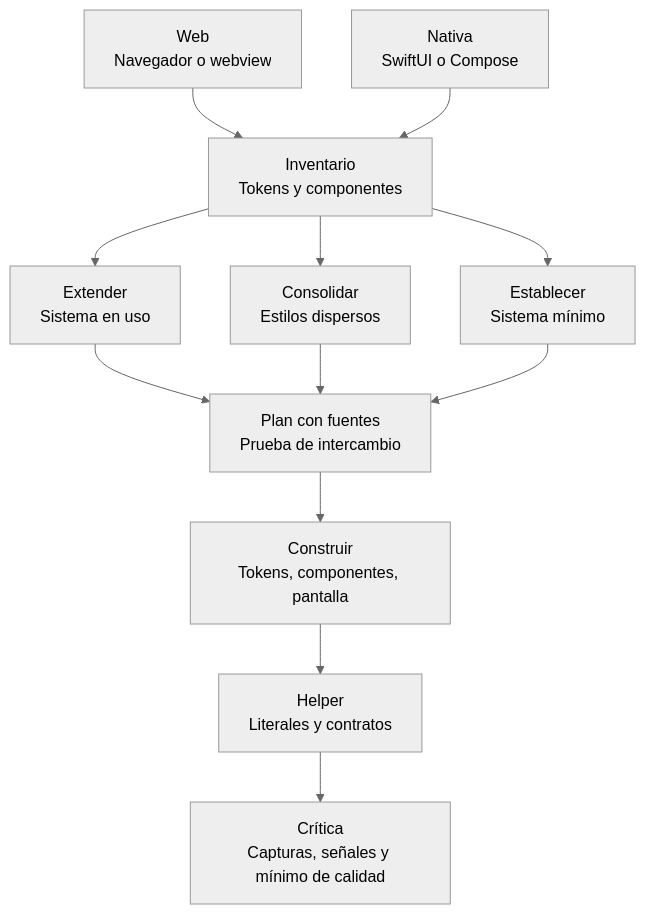
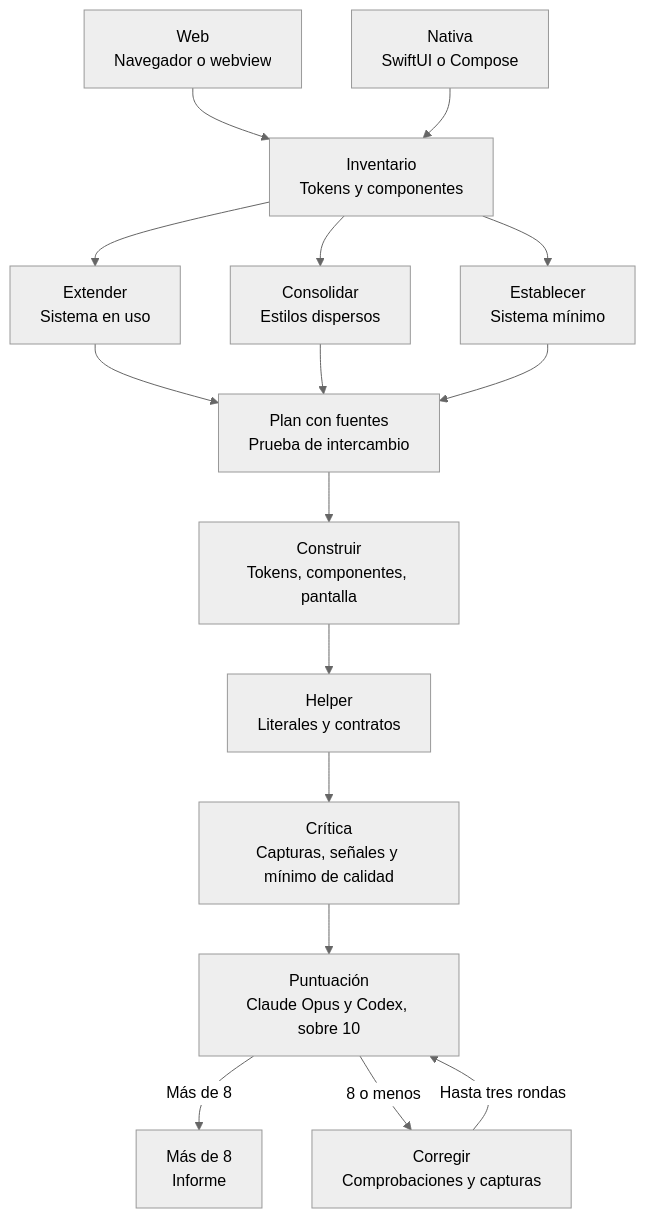
The second of 6 diagrams in README.md (peqa-ai/peqa-workflows), drawn with Mermaid (neutral theme) before and after one commit. The commit also changed other lines of this file and 7 other files, not shown here.

First line of the commit message:
feat(ui-design): puntuación de cambios visuales con Claude Opus y Codex

````diff
--- a/README.md
+++ b/README.md
@@ -60,20 +60,25 @@
 ```mermaid
 flowchart TD
     accTitle: Cómo trabaja ui-design con el sistema de diseño
-    accDescr: ui-design acepta interfaces web, incluidas las apps en webview, y pantallas nativas en SwiftUI o Jetpack Compose, y las lleva por el mismo proceso. Inventaría los tokens y componentes del proyecto. Si hay un sistema en uso, lo extiende; si hay estilos dispersos, consolida lo que toca la tarea; si no hay nada, establece un sistema mínimo. Después planifica con fuentes, aplica la prueba de intercambio, construye desde el sistema, comprueba el diff con el helper y critica el resultado.
+    accDescr: ui-design acepta interfaces web, incluidas las apps en webview, y pantallas nativas en SwiftUI o Jetpack Compose, y las lleva por el mismo proceso. Inventaría los tokens y componentes del proyecto. Si hay un sistema en uso, lo extiende; si hay estilos dispersos, consolida lo que toca la tarea; si no hay nada, establece un sistema mínimo. Después planifica con fuentes, aplica la prueba de intercambio, construye desde el sistema, comprueba el diff con el helper y critica el resultado. Por último, Claude Opus y Codex puntúan la interfaz sobre 10: con más de 8 termina y con 8 o menos corrige, repite comprobaciones y capturas y vuelve a puntuar, hasta tres rondas.
 
     web["Web<br/>Navegador o webview"]
     nativa["Nativa<br/>SwiftUI o Compose"]
     inventario["Inventario<br/>Tokens y componentes"]
     extender["Extender<br/>Sistema en uso"]
     consolidar["Consolidar<br/>Estilos dispersos"]
     establecer["Establecer<br/>Sistema mínimo"]
     plan["Plan con fuentes<br/>Prueba de intercambio"]
     construir["Construir<br/>Tokens, componentes, pantalla"]
     helper["Helper<br/>Literales y contratos"]
     critica["Crítica<br/>Capturas, señales y mínimo de calidad"]
+    puntuacion["Puntuación<br/>Claude Opus y Codex, sobre 10"]
+    listo["Más de 8<br/>Informe"]
+    corregir["Corregir<br/>Comprobaciones y capturas"]
 
     web & nativa --> inventario
     inventario --> extender & consolidar & establecer
-    extender & consolidar & establecer --> plan --> construir --> helper --> critica
+    extender & consolidar & establecer --> plan --> construir --> helper --> critica --> puntuacion
+    puntuacion -->|"Más de 8"| listo
+    puntuacion -->|"8 o menos"| corregir -->|"Hasta tres rondas"| puntuacion
 ```
````
